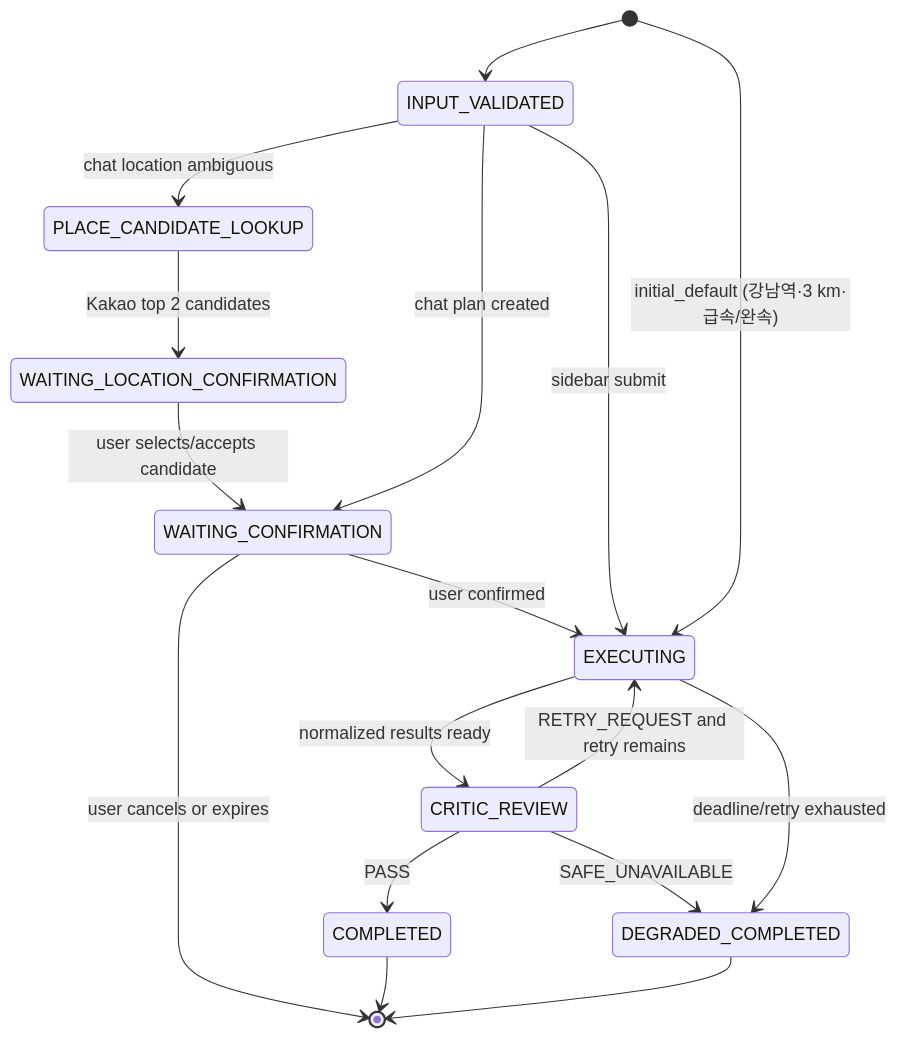
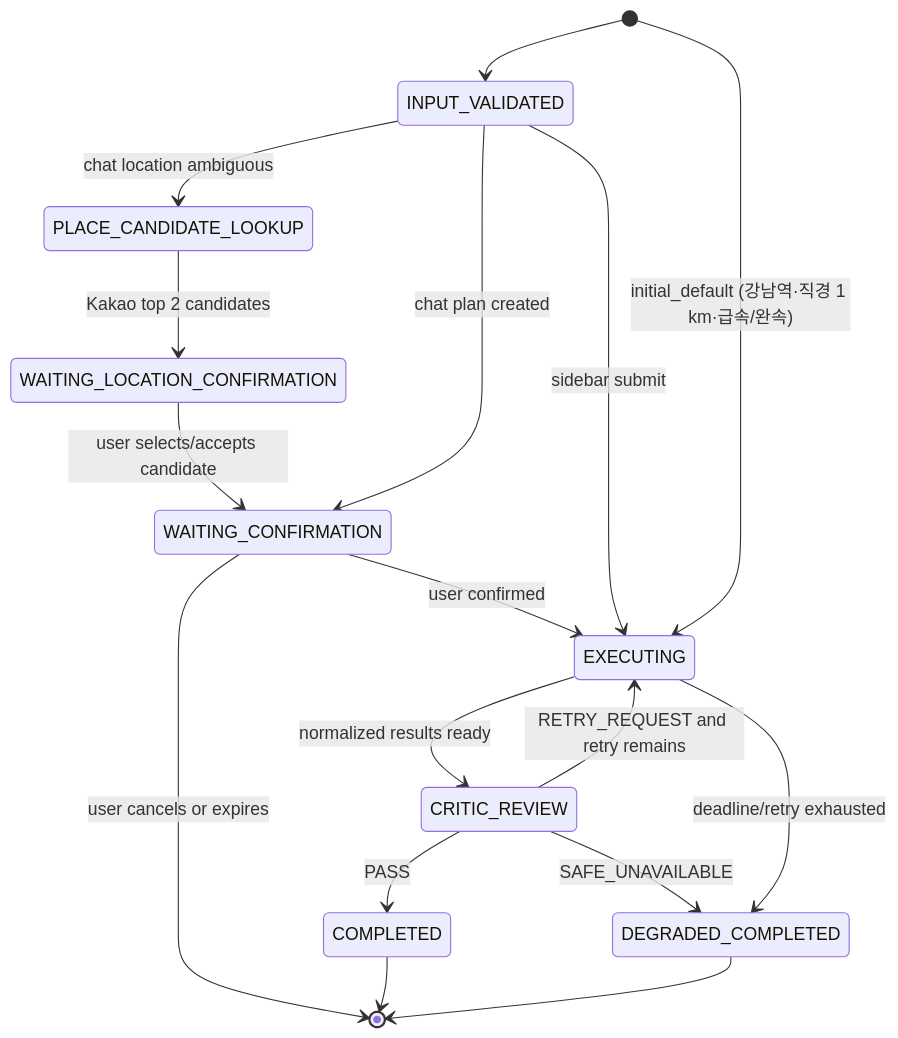
The second of 3 diagrams in docs/Architecture_Design_1.0.md (ac9989/2026-aio2-p3-ChargePin), drawn with Mermaid before and after one commit. The commit also changed other lines of this file and 9 other files, not shown here.

````diff
--- a/docs/Architecture_Design_1.0.md
+++ b/docs/Architecture_Design_1.0.md
@@ -102,19 +102,19 @@
 ```mermaid
 stateDiagram-v2
     [*] --> INPUT_VALIDATED
     INPUT_VALIDATED --> PLACE_CANDIDATE_LOOKUP: chat location ambiguous
     PLACE_CANDIDATE_LOOKUP --> WAITING_LOCATION_CONFIRMATION: Kakao top 2 candidates
     WAITING_LOCATION_CONFIRMATION --> WAITING_CONFIRMATION: user selects/accepts candidate
     INPUT_VALIDATED --> WAITING_CONFIRMATION: chat plan created
     WAITING_CONFIRMATION --> EXECUTING: user confirmed
     WAITING_CONFIRMATION --> [*]: user cancels or expires
     INPUT_VALIDATED --> EXECUTING: sidebar submit
-    [*] --> EXECUTING: initial_default (강남역·3 km·급속/완속)
+    [*] --> EXECUTING: initial_default (강남역·직경 1 km·급속/완속)
     EXECUTING --> CRITIC_REVIEW: normalized results ready
     CRITIC_REVIEW --> EXECUTING: RETRY_REQUEST and retry remains
     CRITIC_REVIEW --> COMPLETED: PASS
     CRITIC_REVIEW --> DEGRADED_COMPLETED: SAFE_UNAVAILABLE
     EXECUTING --> DEGRADED_COMPLETED: deadline/retry exhausted
     COMPLETED --> [*]
     DEGRADED_COMPLETED --> [*]
 ```
````
